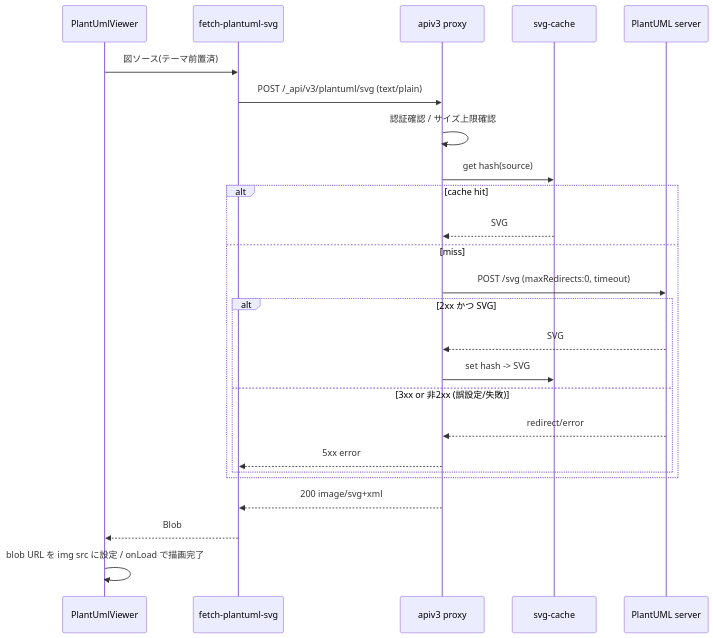
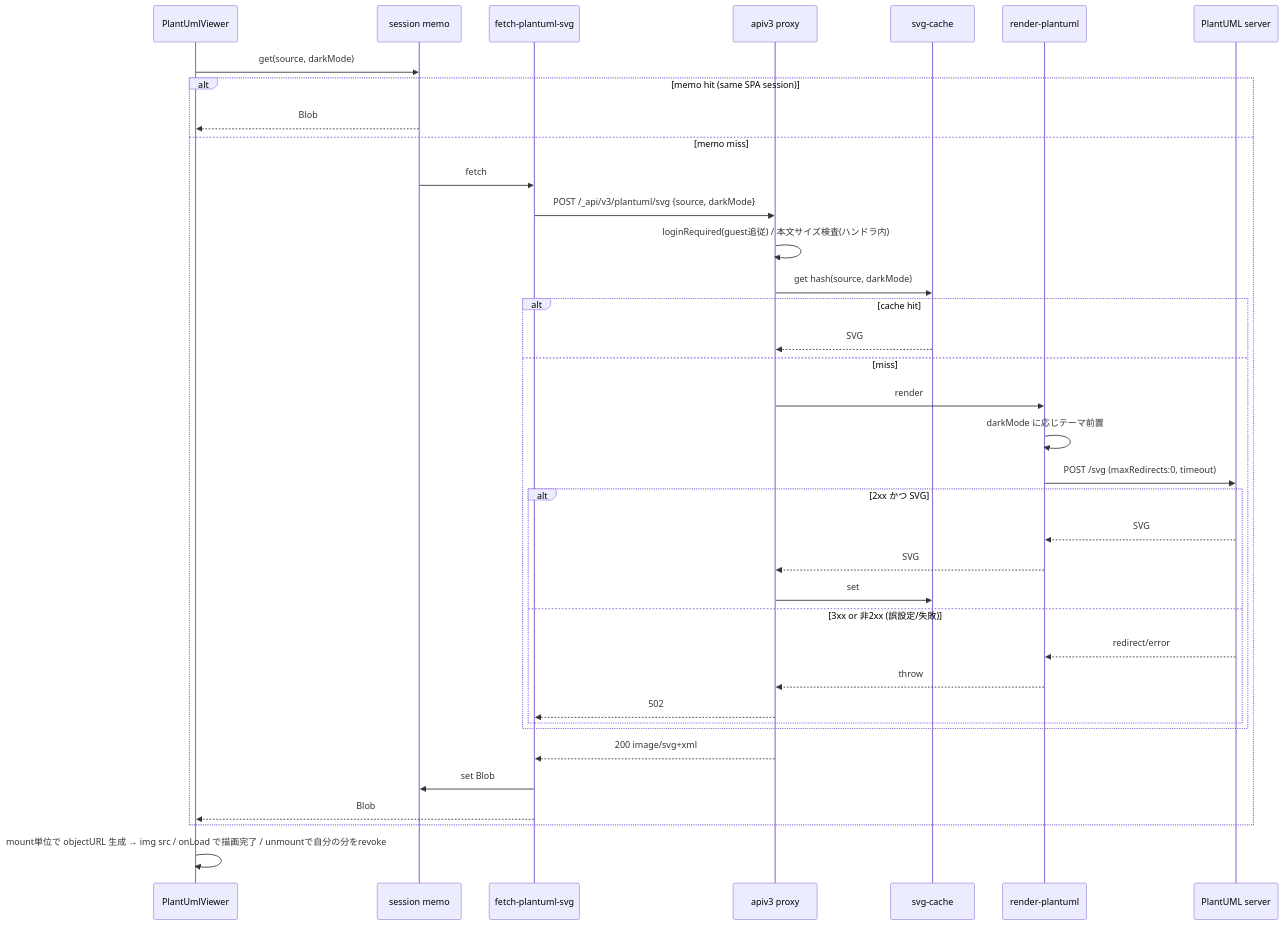
The second of 2 diagrams in .kiro/specs/plantuml-post-optin/design.md (growilabs/growi), drawn with Mermaid before and after one commit. The commit also changed other lines of this file and 3 other files, not shown here.

````diff
--- a/.kiro/specs/plantuml-post-optin/design.md
+++ b/.kiro/specs/plantuml-post-optin/design.md
@@ -128,27 +137,39 @@
 ```mermaid
 sequenceDiagram
     participant V as PlantUmlViewer
+    participant M as session memo
     participant F as fetch-plantuml-svg
     participant P as apiv3 proxy
     participant C as svg-cache
+    participant R as render-plantuml
     participant S as PlantUML server
-    V->>F: 図ソース(テーマ前置済)
-    F->>P: POST /_api/v3/plantuml/svg (text/plain)
-    P->>P: 認証確認 / サイズ上限確認
-    P->>C: get hash(source)
-    alt cache hit
-        C-->>P: SVG
-    else miss
-        P->>S: POST /svg (maxRedirects:0, timeout)
-        alt 2xx かつ SVG
-            S-->>P: SVG
-            P->>C: set hash -> SVG
-        else 3xx or 非2xx (誤設定/失敗)
-            S-->>P: redirect/error
-            P-->>F: 5xx error
+    V->>M: get(source, darkMode)
+    alt memo hit (same SPA session)
+        M-->>V: Blob
+    else memo miss
+        M->>F: fetch
+        F->>P: POST /_api/v3/plantuml/svg {source, darkMode}
+        P->>P: loginRequired(guest追従) / 本文サイズ検査(ハンドラ内)
+        P->>C: get hash(source, darkMode)
+        alt cache hit
+            C-->>P: SVG
+        else miss
+            P->>R: render
+            R->>R: darkMode に応じテーマ前置
+            R->>S: POST /svg (maxRedirects:0, timeout)
+            alt 2xx かつ SVG
+                S-->>R: SVG
+                R-->>P: SVG
+                P->>C: set
+            else 3xx or 非2xx (誤設定/失敗)
+                S-->>R: redirect/error
+                R-->>P: throw
+                P-->>F: 502
+            end
         end
+        P-->>F: 200 image/svg+xml
+        F->>M: set Blob
+        F-->>V: Blob
     end
-    P-->>F: 200 image/svg+xml
-    F-->>V: Blob
-    V->>V: blob URL を img src に設定 / onLoad で描画完了
+    V->>V: mount単位で objectURL 生成 → img src / onLoad で描画完了 / unmountで自分の分をrevoke
 ```
````
